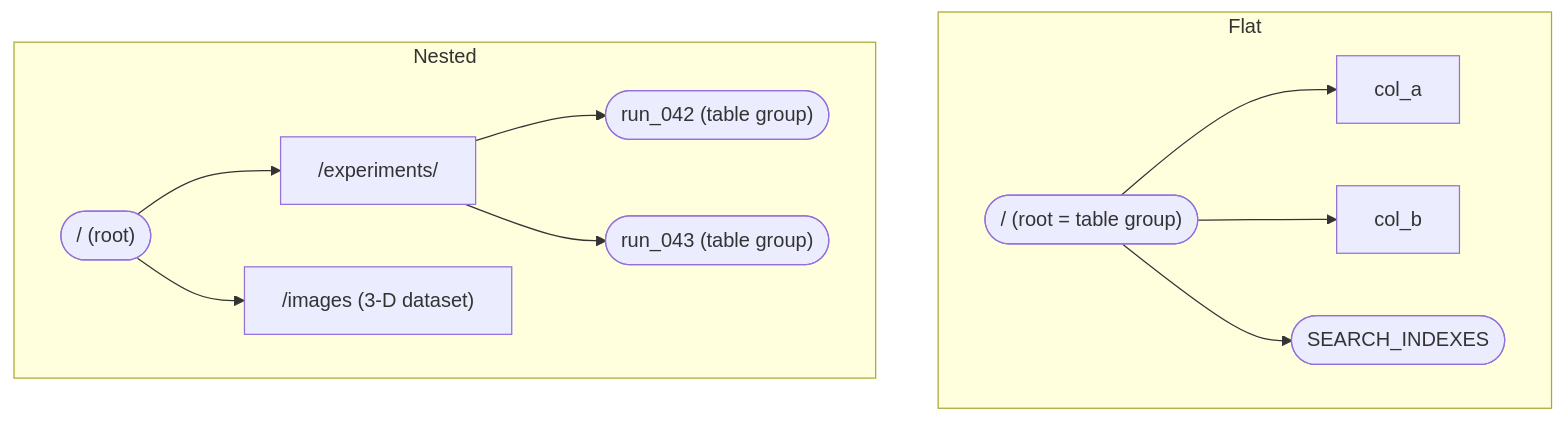
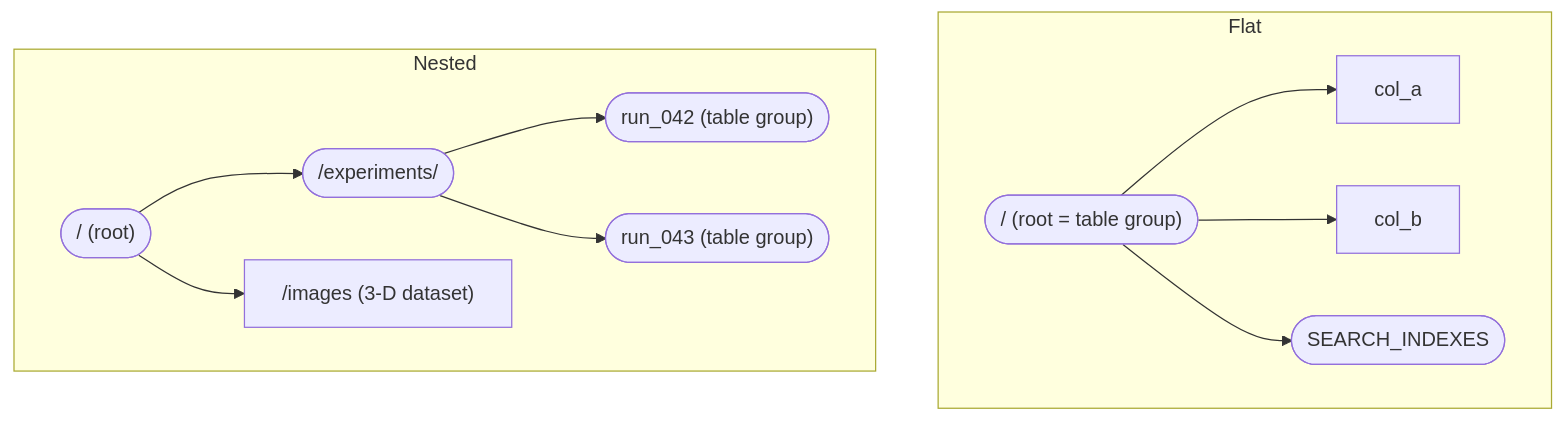
One commit to HDFAlliance/heps changed the third of 7 diagrams in HEP001/index.md. Above: the diagram before and after it, drawn with Mermaid. The commit also changed other lines of this file, not shown here.

````diff
--- a/HEP001/index.md
+++ b/HEP001/index.md
@@ -475,16 +475,16 @@
 ```{mermaid}
 graph TD
   subgraph Flat
     R1(["/ (root = table group)"])
     R1 --> c1a["col_a"]
     R1 --> c1b["col_b"]
     R1 --> SI1(["SEARCH_INDEXES"])
   end
   subgraph Nested
     R2(["/ (root)"])
-    R2 --> G1["/experiments/"]
+    R2 --> G1(["/experiments/"])
     G1 --> T1(["run_042 (table group)"])
     G1 --> T2(["run_043 (table group)"])
     R2 --> IMG["/images (3-D dataset)"]
   end
 ```
````
